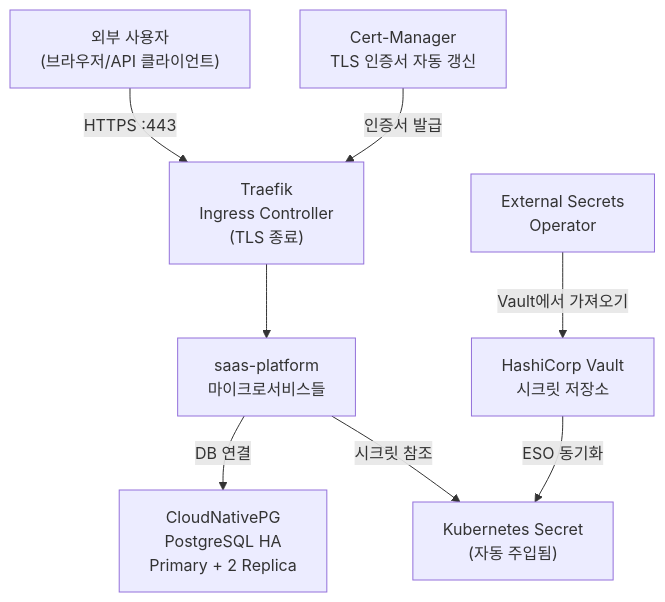
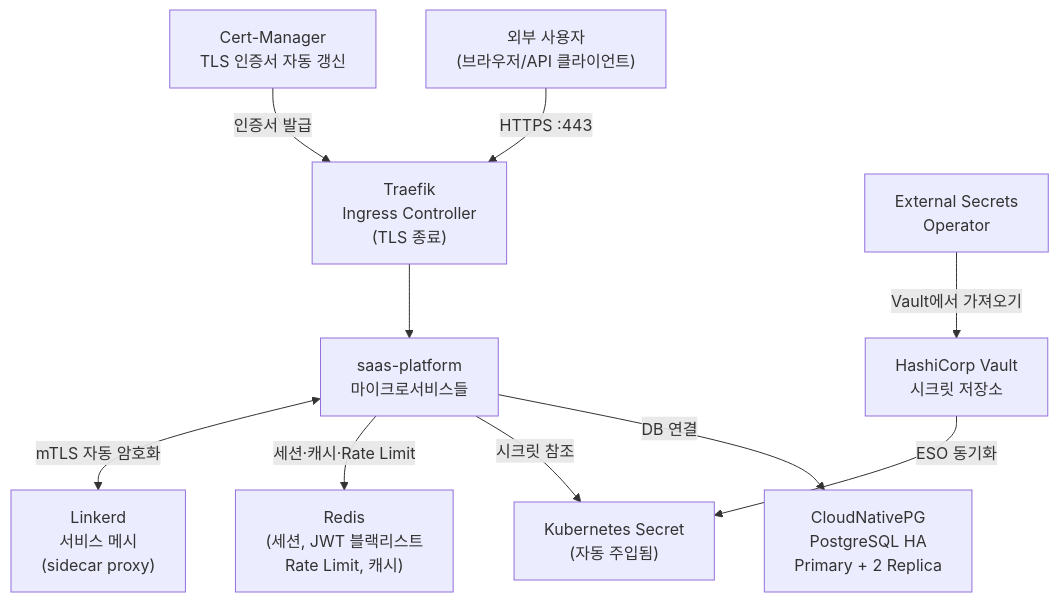
Before and after one commit to s99606931/ai-saas: the diagram in docs/guides/onboarding/04-infrastructure/components/README.md, drawn with Mermaid. The commit also changed other lines of this file and 141 other files, not shown here.

````diff
--- a/docs/guides/onboarding/04-infrastructure/components/README.md
+++ b/docs/guides/onboarding/04-infrastructure/components/README.md
@@ -28,18 +31,24 @@
 ```mermaid
 graph TB
     USER["외부 사용자\n(브라우저/API 클라이언트)"]
 
     USER -->|HTTPS :443| TR
     TR["Traefik\nIngress Controller\n(TLS 종료)"]
 
     TR --> APP["saas-platform\n마이크로서비스들"]
     CM["Cert-Manager\nTLS 인증서 자동 갱신"] -->|인증서 발급| TR
 
     APP -->|DB 연결| PG
     PG["CloudNativePG\nPostgreSQL HA\nPrimary + 2 Replica"]
 
     APP -->|시크릿 참조| SECRET
     SECRET["Kubernetes Secret\n(자동 주입됨)"]
     VAULT["HashiCorp Vault\n시크릿 저장소"] -->|ESO 동기화| SECRET
     ESO["External Secrets\nOperator"] -->|Vault에서 가져오기| VAULT
+
+    APP -->|세션·캐시·Rate Limit| REDIS
+    REDIS["Redis\n(세션, JWT 블랙리스트\nRate Limit, 캐시)"]
+
+    APP <-->|mTLS 자동 암호화| LINKERD
+    LINKERD["Linkerd\n서비스 메시\n(sidecar proxy)"]
 ```
````
